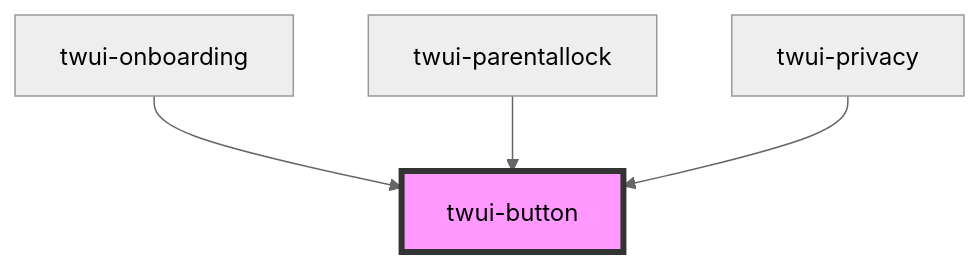
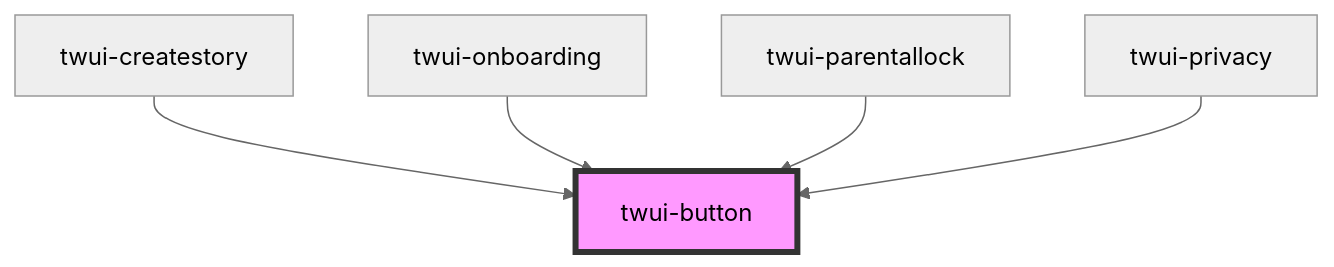
One commit to frostaura/TaleWeaver changed the diagram in src/frontend/src/components/twui/src/components/molecules/button/readme.md. Above: the diagram before and after it, drawn with Mermaid (neutral theme). The commit also changed other lines of this file and 26 other files, not shown here.

````diff
--- a/src/frontend/src/components/twui/src/components/molecules/button/readme.md
+++ b/src/frontend/src/components/twui/src/components/molecules/button/readme.md
@@ -28,7 +29,8 @@
 ```mermaid
 graph TD;
+  twui-createstory --> twui-button
   twui-onboarding --> twui-button
   twui-parentallock --> twui-button
   twui-privacy --> twui-button
   style twui-button fill:#f9f,stroke:#333,stroke-width:4px
 ```
````
